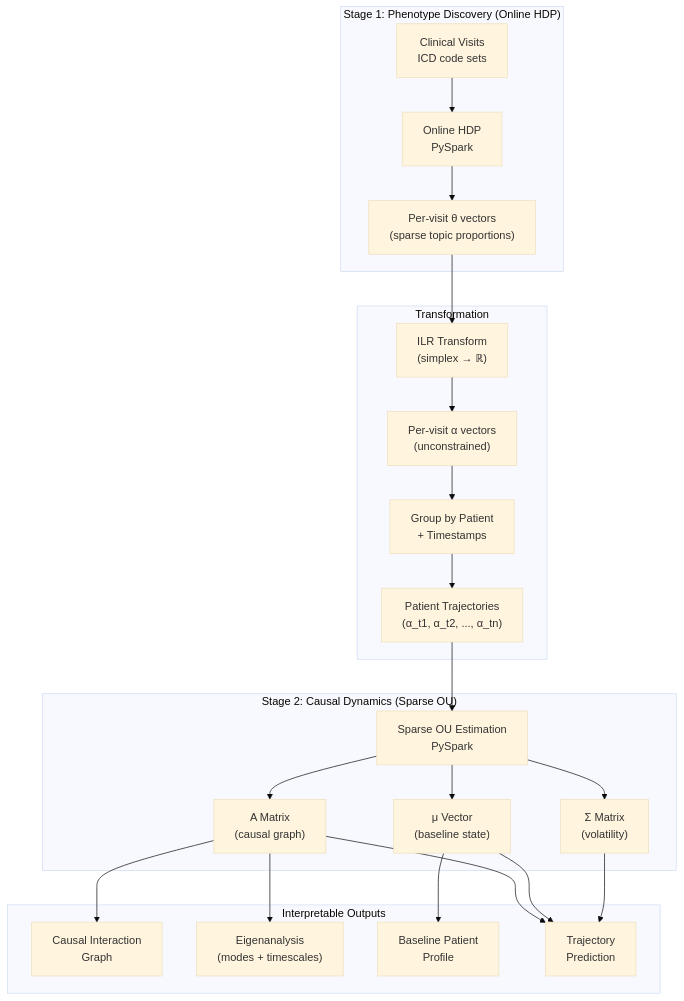
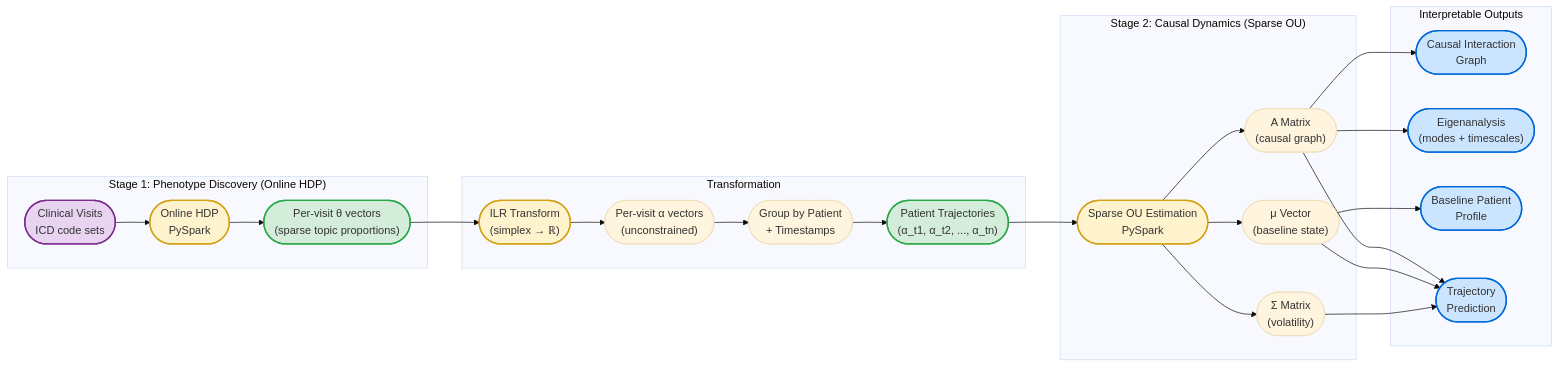
One commit to oneilsh/topic-state-space-modeling changed the fourth of 7 diagrams in TOPIC_STATE_MODELING.md. Above: the diagram before and after it, drawn with Mermaid (base theme). The commit also changed other lines of this file and 5 other files, not shown here.

````diff
--- a/TOPIC_STATE_MODELING.md
+++ b/TOPIC_STATE_MODELING.md
@@ -339,30 +352,41 @@
 ```mermaid
-flowchart TD
+flowchart LR
     subgraph Stage1["Stage 1: Phenotype Discovery (Online HDP)"]
-        V[Clinical Visits<br/>ICD code sets] --> HDP[Online HDP<br/>PySpark]
-        HDP --> Theta["Per-visit θ vectors<br/>(sparse topic proportions)"]
+        V(["Clinical Visits<br/>ICD code sets"]) --> HDP(["Online HDP<br/>PySpark"])
+        HDP --> Theta(["Per-visit θ vectors<br/>(sparse topic proportions)"])
     end
 
     subgraph Transform["Transformation"]
-        Theta --> ILR["ILR Transform<br/>(simplex → ℝ)"]
-        ILR --> Alpha["Per-visit α vectors<br/>(unconstrained)"]
-        Alpha --> Group["Group by Patient<br/>+ Timestamps"]
-        Group --> Traj["Patient Trajectories<br/>(α_t1, α_t2, ..., α_tn)"]
+        Theta --> ILR(["ILR Transform<br/>(simplex → ℝ)"])
+        ILR --> Alpha(["Per-visit α vectors<br/>(unconstrained)"])
+        Alpha --> Group(["Group by Patient<br/>+ Timestamps"])
+        Group --> Traj(["Patient Trajectories<br/>(α_t1, α_t2, ..., α_tn)"])
     end
 
     subgraph Stage2["Stage 2: Causal Dynamics (Sparse OU)"]
-        Traj --> OU["Sparse OU Estimation<br/>PySpark"]
-        OU --> AMatrix["A Matrix<br/>(causal graph)"]
-        OU --> Mu["μ Vector<br/>(baseline state)"]
-        OU --> Sigma["Σ Matrix<br/>(volatility)"]
+        Traj --> OU(["Sparse OU Estimation<br/>PySpark"])
+        OU --> AMatrix(["A Matrix<br/>(causal graph)"])
+        OU --> Mu(["μ Vector<br/>(baseline state)"])
+        OU --> Sigma(["Σ Matrix<br/>(volatility)"])
     end
 
     subgraph Outputs["Interpretable Outputs"]
-        AMatrix --> Causal["Causal Interaction<br/>Graph"]
-        AMatrix --> Eigen["Eigenanalysis<br/>(modes + timescales)"]
-        Mu --> Baseline["Baseline Patient<br/>Profile"]
-        AMatrix --> Predict["Trajectory<br/>Prediction"]
+        AMatrix --> Causal(["Causal Interaction<br/>Graph"])
+        AMatrix --> Eigen(["Eigenanalysis<br/>(modes + timescales)"])
+        Mu --> Baseline(["Baseline Patient<br/>Profile"])
+        AMatrix --> Predict(["Trajectory<br/>Prediction"])
         Mu --> Predict
         Sigma --> Predict
     end
+
+    style V fill:#e8d4f0,stroke:#7b2d8e,stroke-width:2px
+    style HDP fill:#fff3cd,stroke:#d4a017,stroke-width:2px
+    style Theta fill:#d4edda,stroke:#28a745,stroke-width:2px
+    style ILR fill:#fff3cd,stroke:#d4a017,stroke-width:2px
+    style Traj fill:#d4edda,stroke:#28a745,stroke-width:2px
+    style OU fill:#fff3cd,stroke:#d4a017,stroke-width:2px
+    style Causal fill:#cce5ff,stroke:#0069d9,stroke-width:2px
+    style Eigen fill:#cce5ff,stroke:#0069d9,stroke-width:2px
+    style Baseline fill:#cce5ff,stroke:#0069d9,stroke-width:2px
+    style Predict fill:#cce5ff,stroke:#0069d9,stroke-width:2px
 ```
````
